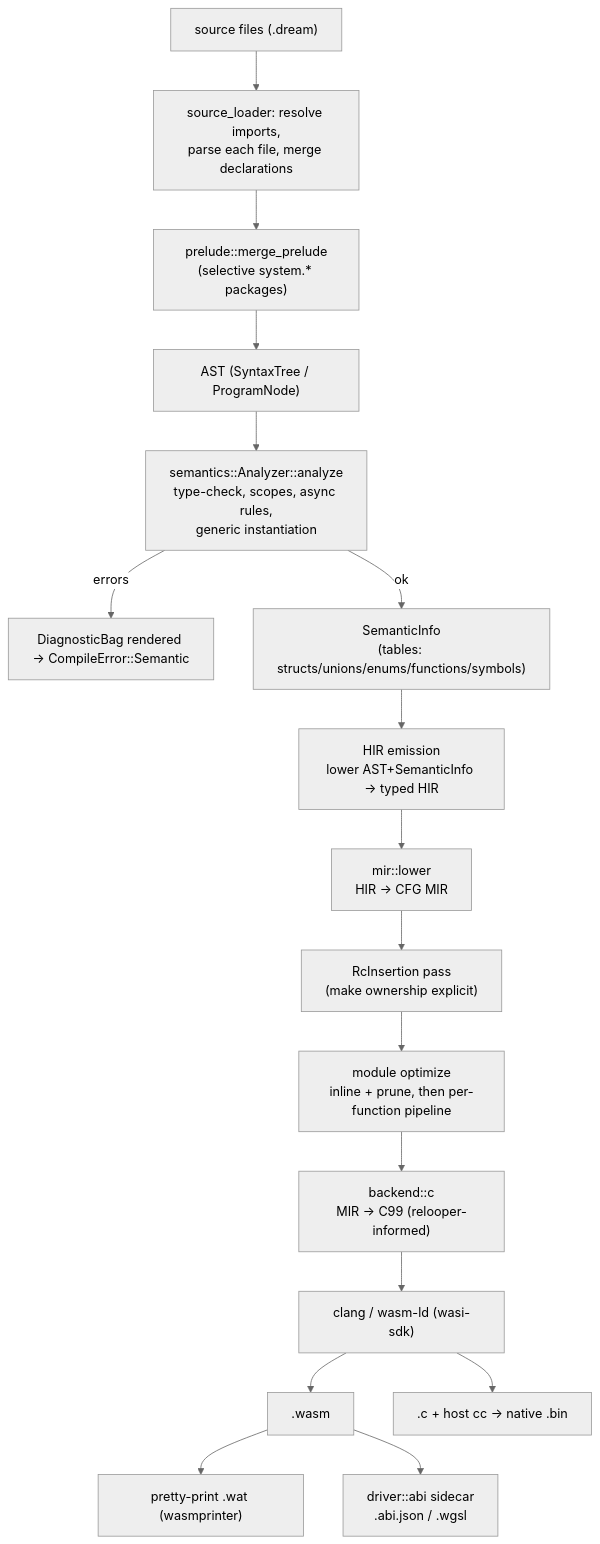
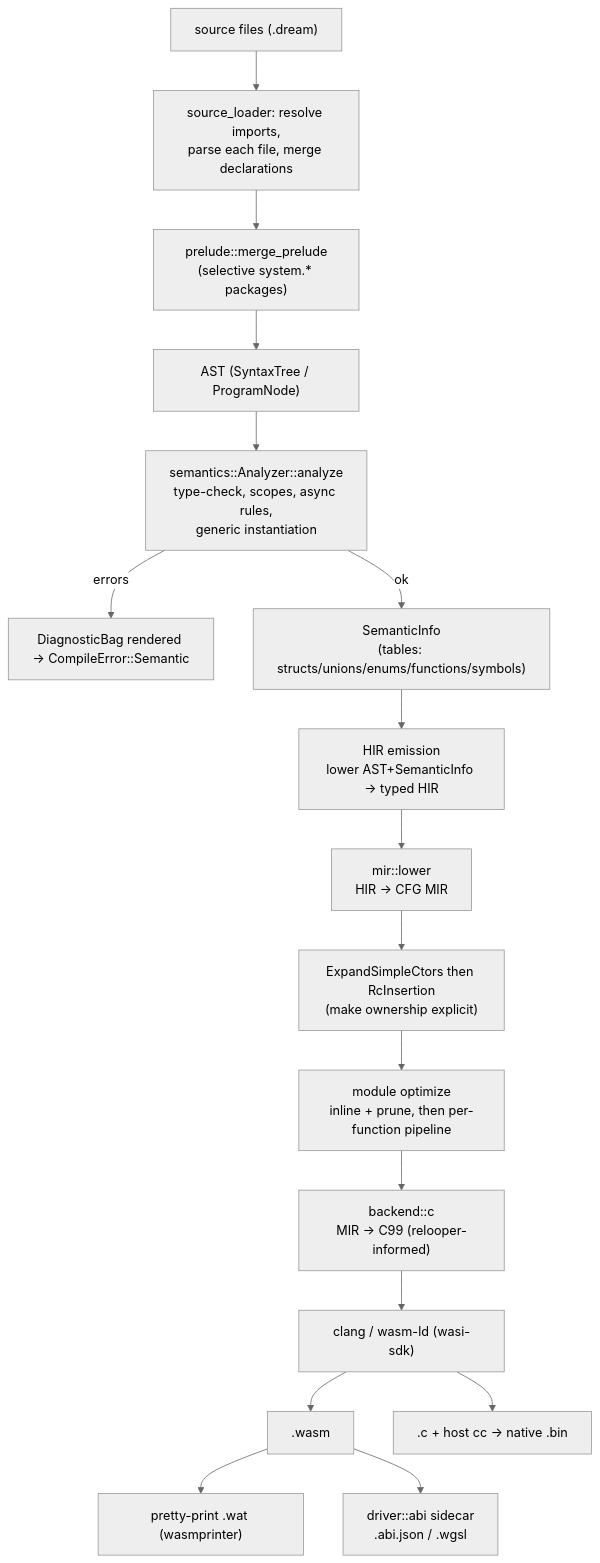
Before and after one commit to sps014/dream: the first of 2 diagrams in docs/internals/01-pipeline-overview.md, drawn with Mermaid (neutral theme). The commit also changed other lines of this file and 30 other files, not shown here.

````diff
--- a/docs/internals/01-pipeline-overview.md
+++ b/docs/internals/01-pipeline-overview.md
@@ -7,23 +7,23 @@
 ```mermaid
 flowchart TD
     src["source files (.dream)"]
     src --> load["source_loader: resolve imports,\nparse each file, merge declarations"]
     load --> prelude["prelude::merge_prelude\n(selective system.* packages)"]
     prelude --> ast["AST (SyntaxTree / ProgramNode)"]
 
     ast --> analyze["semantics::Analyzer::analyze\ntype-check, scopes, async rules,\ngeneric instantiation"]
     analyze -->|errors| diag["DiagnosticBag rendered → CompileError::Semantic"]
     analyze -->|ok| info["SemanticInfo\n(tables: structs/unions/enums/functions/symbols)"]
 
     info --> hir["HIR emission\nlower AST+SemanticInfo → typed HIR"]
     hir --> mir["mir::lower\nHIR → CFG MIR"]
-    mir --> rc["RcInsertion pass\n(make ownership explicit)"]
+    mir --> rc["ExpandSimpleCtors then RcInsertion\n(make ownership explicit)"]
     rc --> opt["module optimize\ninline + prune, then per-function pipeline"]
     opt --> emit["backend::c\nMIR → C99 (relooper-informed)"]
 
     emit --> cc["clang / wasm-ld (wasi-sdk)"]
     cc --> wasm[".wasm"]
     cc --> nat[".c + host cc → native .bin"]
     wasm --> wat["pretty-print .wat (wasmprinter)"]
     wasm --> abi["driver::abi sidecar\n.abi.json / .wgsl"]
 ```
````
